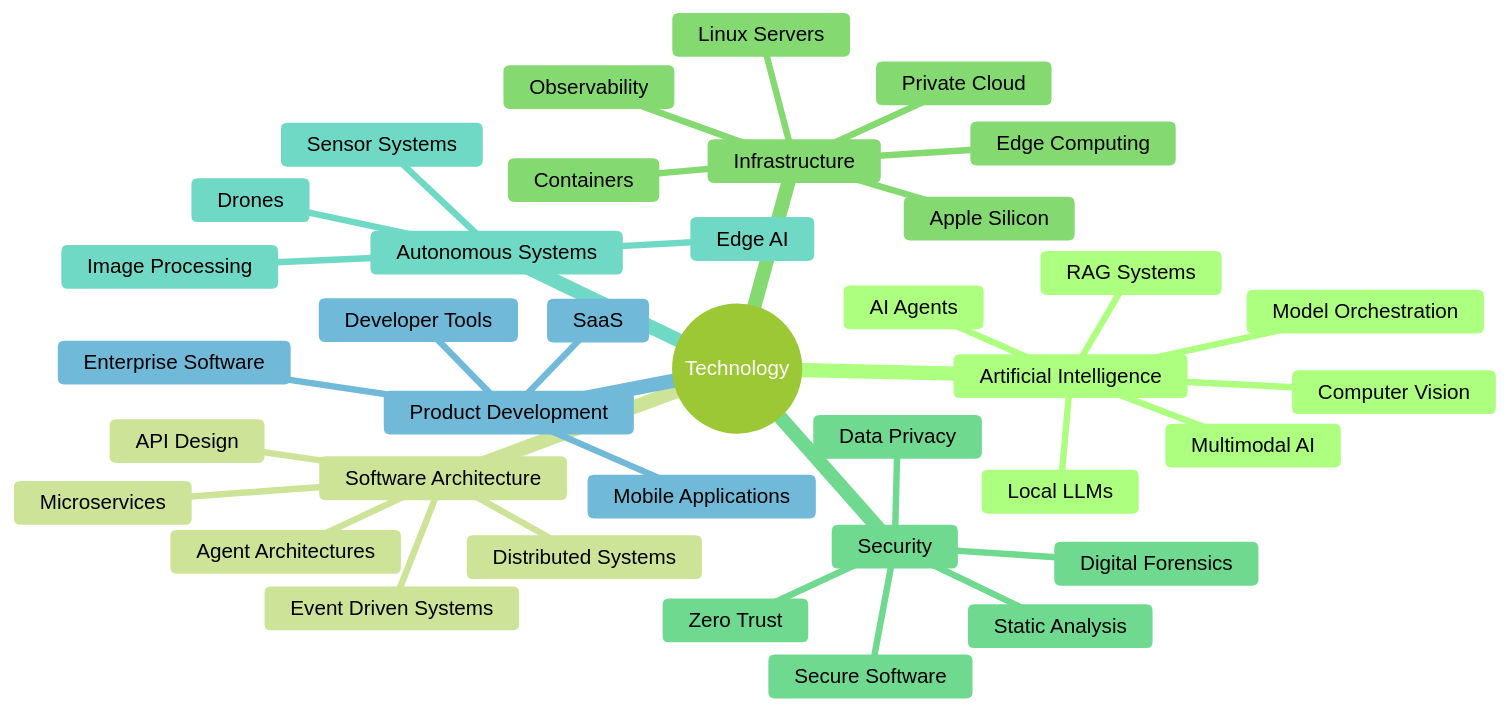
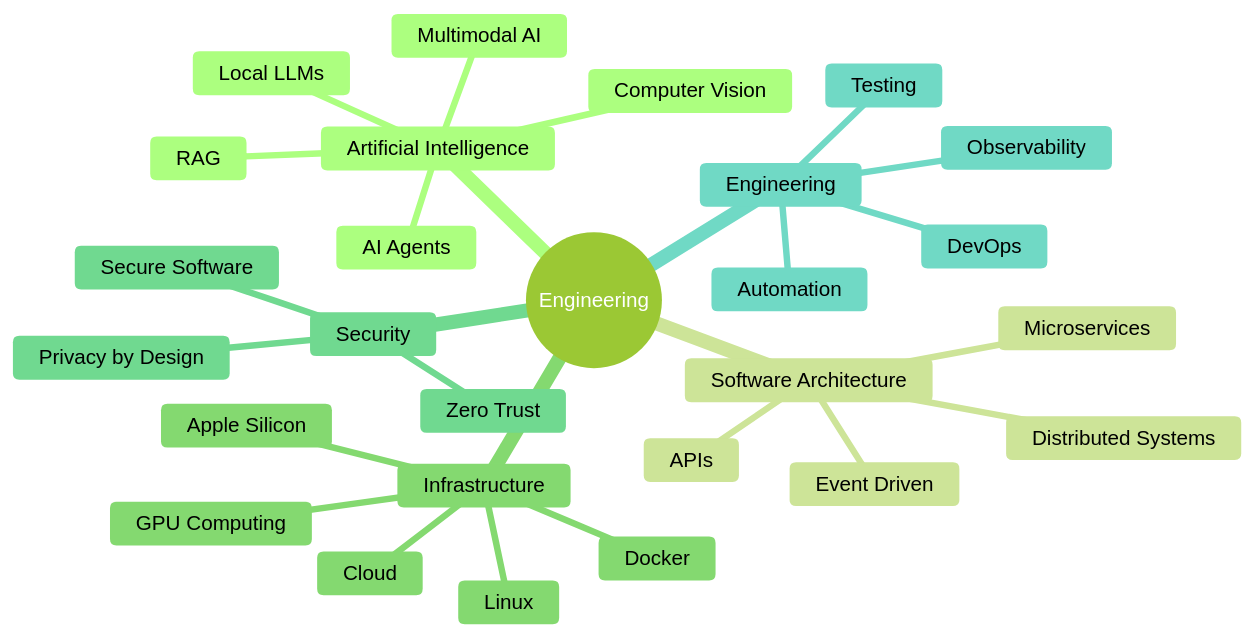
One commit to mtntasci/mtntasci changed the diagram in README.md. Above: the diagram before and after it, drawn with Mermaid (forest theme). The commit also changed other lines of this file, not shown here.

````diff
--- a/README.md
+++ b/README.md
@@ -81,40 +99,30 @@
 ```mermaid
 mindmap
-  root((Technology))
+  root((Engineering))
     Artificial Intelligence
       Local LLMs
       AI Agents
-      RAG Systems
+      RAG
       Computer Vision
       Multimodal AI
-      Model Orchestration
     Software Architecture
       Distributed Systems
-      Agent Architectures
+      APIs
       Microservices
-      Event Driven Systems
-      API Design
+      Event Driven
     Infrastructure
-      Linux Servers
+      Linux
+      Docker
       Apple Silicon
-      Containers
-      Observability
-      Edge Computing
-      Private Cloud
+      GPU Computing
+      Cloud
     Security
       Zero Trust
+      Privacy by Design
       Secure Software
-      Static Analysis
-      Digital Forensics
-      Data Privacy
-    Autonomous Systems
-      Drones
-      Edge AI
-      Sensor Systems
-      Image Processing
-    Product Development
-      SaaS
-      Enterprise Software
-      Mobile Applications
-      Developer Tools
+    Engineering
+      Automation
+      Testing
+      Observability
+      DevOps
 ```
````
